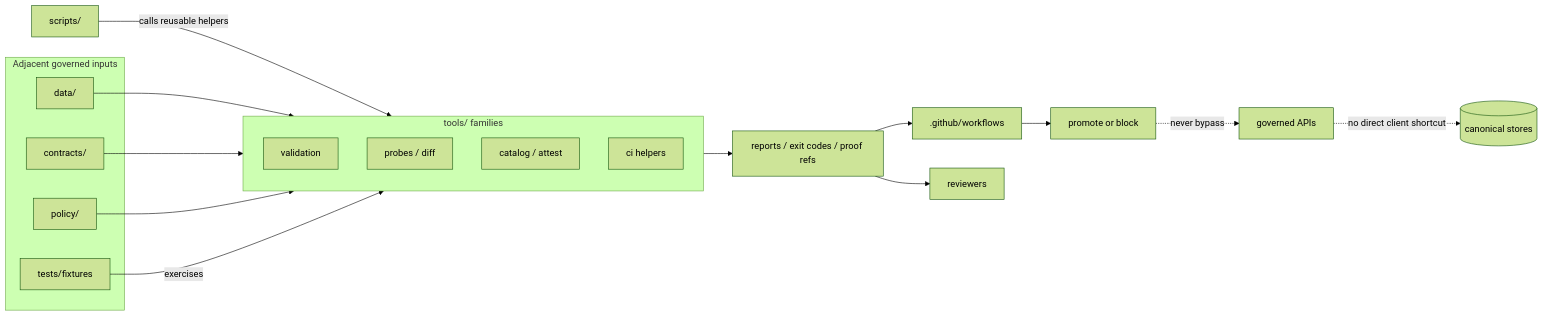
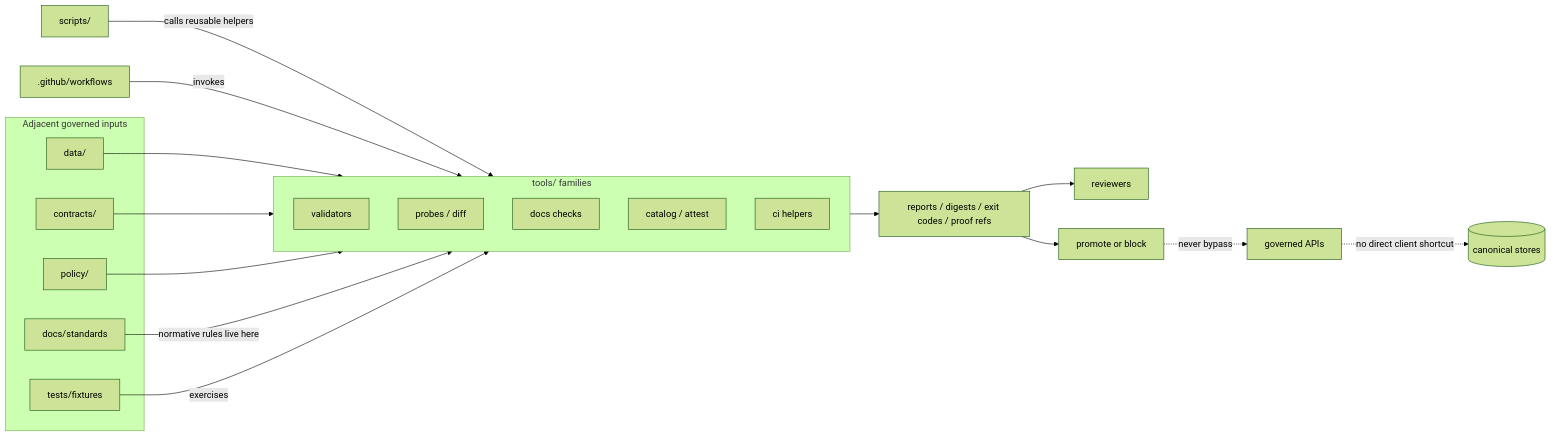
The diagram in tools/README.md (bartytime4life/Kansas-Frontier-Matrix), drawn with Mermaid (forest theme) before and after one commit. The commit also changed other lines of this file, not shown here.

````diff
--- a/tools/README.md
+++ b/tools/README.md
@@ -265,30 +290,33 @@
 ```mermaid
 flowchart LR
     subgraph Inputs[Adjacent governed inputs]
       D[data/]
       C[contracts/]
       P[policy/]
       T[tests/fixtures]
+      DS[docs/standards]
     end
 
     S[scripts/] -->|calls reusable helpers| TF
+    W[.github/workflows] -->|invokes| TF
     D --> TF
     C --> TF
     P --> TF
+    DS -->|normative rules live here| TF
     T -->|exercises| TF
 
     subgraph TF[tools/ families]
-      V[validation]
+      V[validators]
       PR[probes / diff]
+      DO[docs checks]
       CA[catalog / attest]
       CI[ci helpers]
     end
 
-    TF --> R[reports / exit codes / proof refs]
-    R --> W[.github/workflows]
+    TF --> R[reports / digests / exit codes / proof refs]
     R --> RV[reviewers]
+    R --> G[promote or block]
 
-    W --> G[promote or block]
     G -. never bypass .-> API[governed APIs]
     API -. no direct client shortcut .-> STORE[(canonical stores)]
 ```
````
